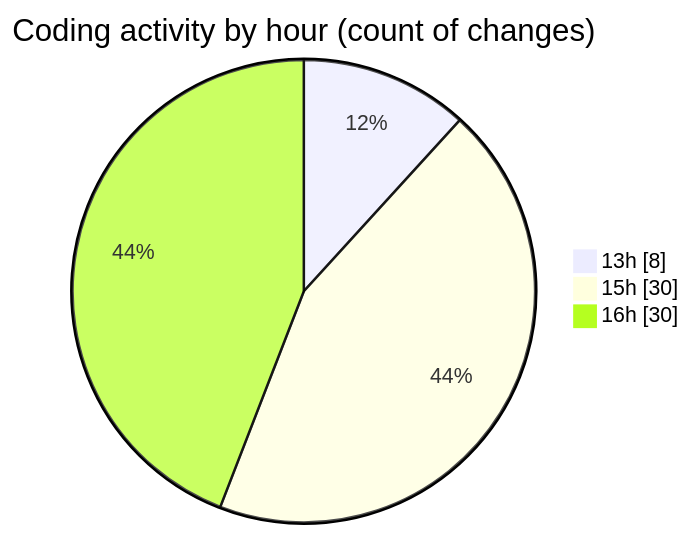
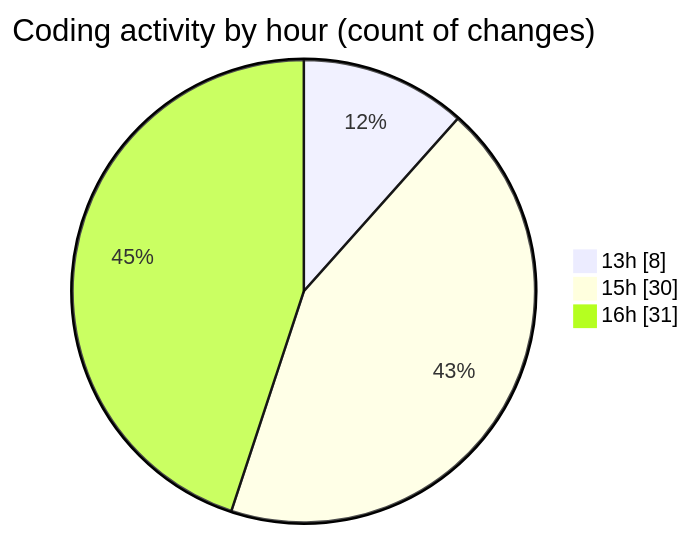
One commit to nxtqubesakshisongat/code-tracking changed the second of 2 diagrams in 2025-04-08/nxtqube_webapp/README.md. Above: the diagram before and after it, drawn with Mermaid. The commit also changed other lines of this file and 1 other file, not shown here.

````diff
--- a/2025-04-08/nxtqube_webapp/README.md
+++ b/2025-04-08/nxtqube_webapp/README.md
@@ -30,7 +30,7 @@
 ```mermaid
 pie showData
 title Coding activity by hour (count of changes)
 "13h" : 8
 "15h" : 30
-"16h" : 30
+"16h" : 31
 ```
````
